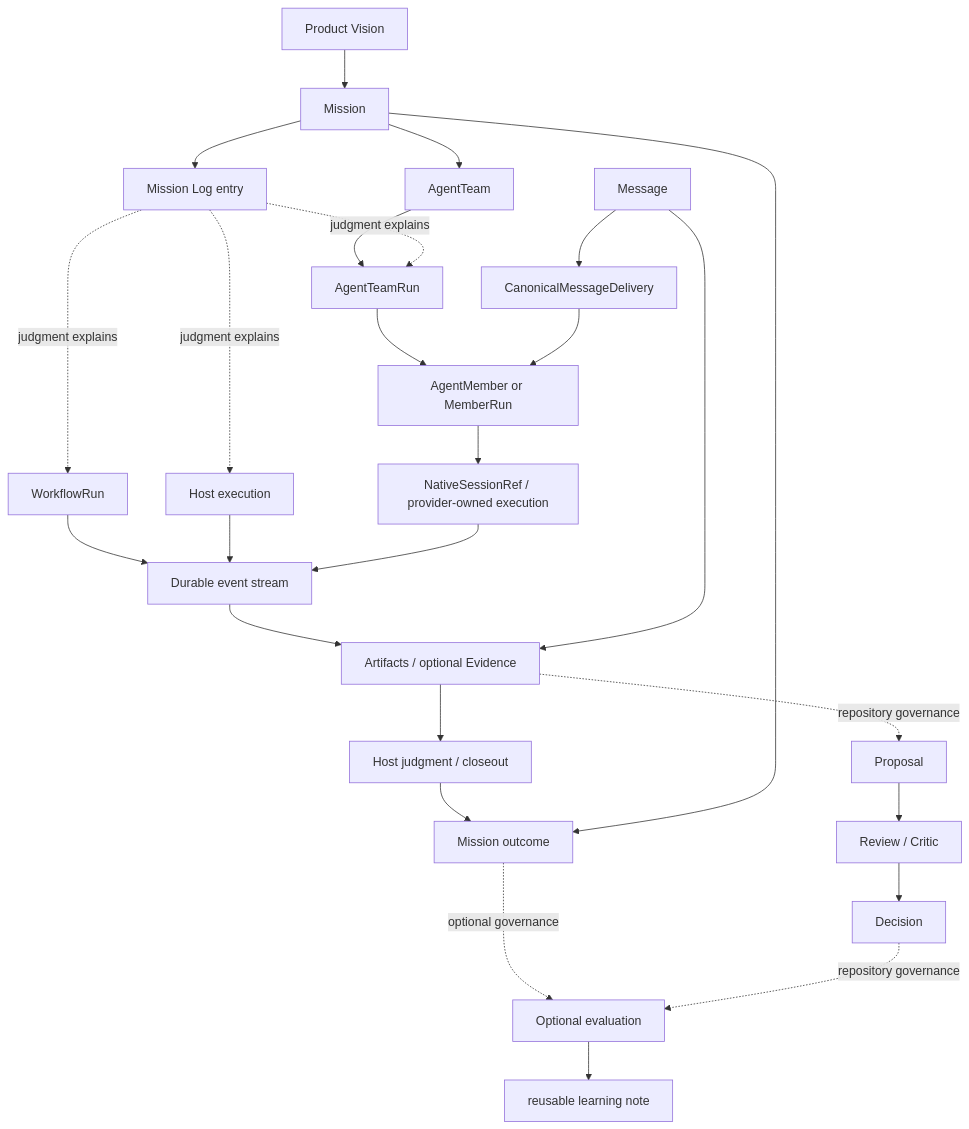
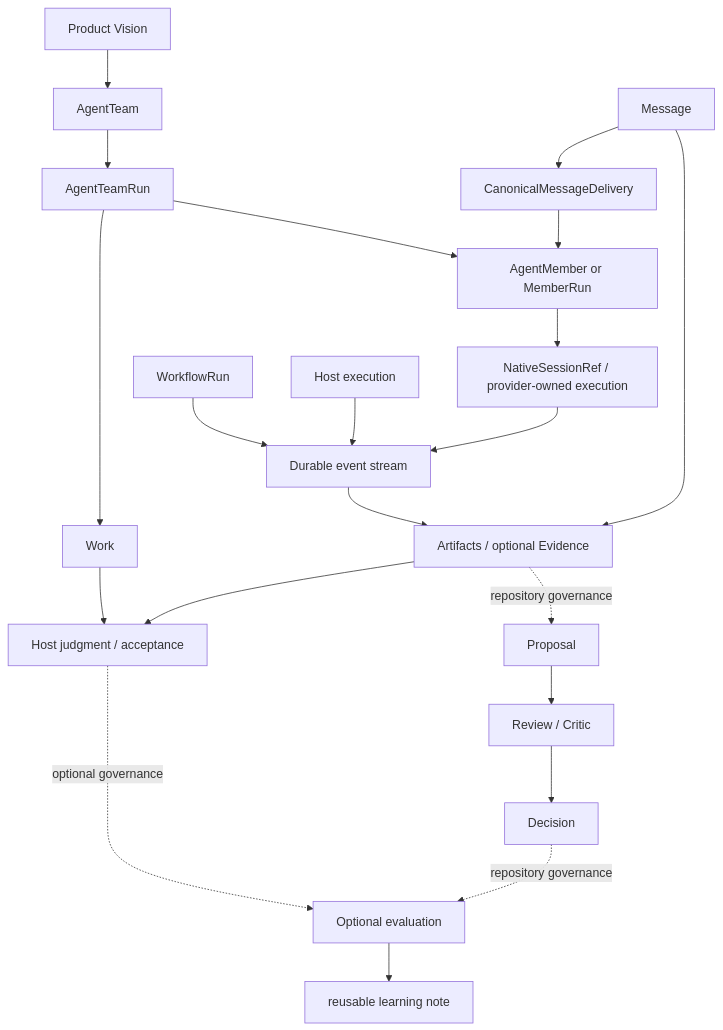
One commit to cyl19970726/multi-agent-harness changed the diagram in docs/current/architecture/concept-model.md. Above: the diagram before and after it, drawn with Mermaid. The commit also changed other lines of this file and 15 other files, not shown here.

First line of the commit message:
docs(wip): rewrite product/architecture docs for the DOC-108 cutover; archive the Mission-orchestration skill

````diff
--- a/docs/current/architecture/concept-model.md
+++ b/docs/current/architecture/concept-model.md
@@ -40,49 +41,42 @@
 ```mermaid
 flowchart TD
   Vision[Product Vision]
-  Mission[Mission]
-  MissionLog[Mission Log entry]
   Team[AgentTeam]
   TeamRun[AgentTeamRun]
   WorkflowRun[WorkflowRun]
   HostExec[Host execution]
   Message[Message]
   Delivery[CanonicalMessageDelivery]
   Member[AgentMember or MemberRun]
   Provider[NativeSessionRef / provider-owned execution]
   Event[Durable event stream]
   Evidence[Artifacts / optional Evidence]
-  Judgment[Host judgment / closeout]
-  Outcome[Mission outcome]
+  Judgment[Host judgment / acceptance]
+  Work[Work]
   Proposal[Proposal]
   Review[Review / Critic]
   Decision[Decision]
   Eval[Optional evaluation]
   Case[reusable learning note]
 
-  Vision --> Mission
-  Mission --> MissionLog
-  Mission --> Team
+  Vision --> Team
   Team --> TeamRun
-  MissionLog -. judgment explains .-> TeamRun
-  MissionLog -. judgment explains .-> WorkflowRun
-  MissionLog -. judgment explains .-> HostExec
+  TeamRun --> Work
   TeamRun --> Member
   WorkflowRun --> Event
   HostExec --> Event
   Message --> Delivery
   Delivery --> Member
   Member --> Provider
   Provider --> Event
   Event --> Evidence
   Message --> Evidence
+  Work --> Judgment
   Evidence --> Judgment
-  Judgment --> Outcome
-  Mission --> Outcome
-  Outcome -. optional governance .-> Eval
+  Judgment -. optional governance .-> Eval
   Evidence -. repository governance .-> Proposal
   Proposal --> Review
   Review --> Decision
   Decision -. repository governance .-> Eval
   Eval --> Case
 ```
````
